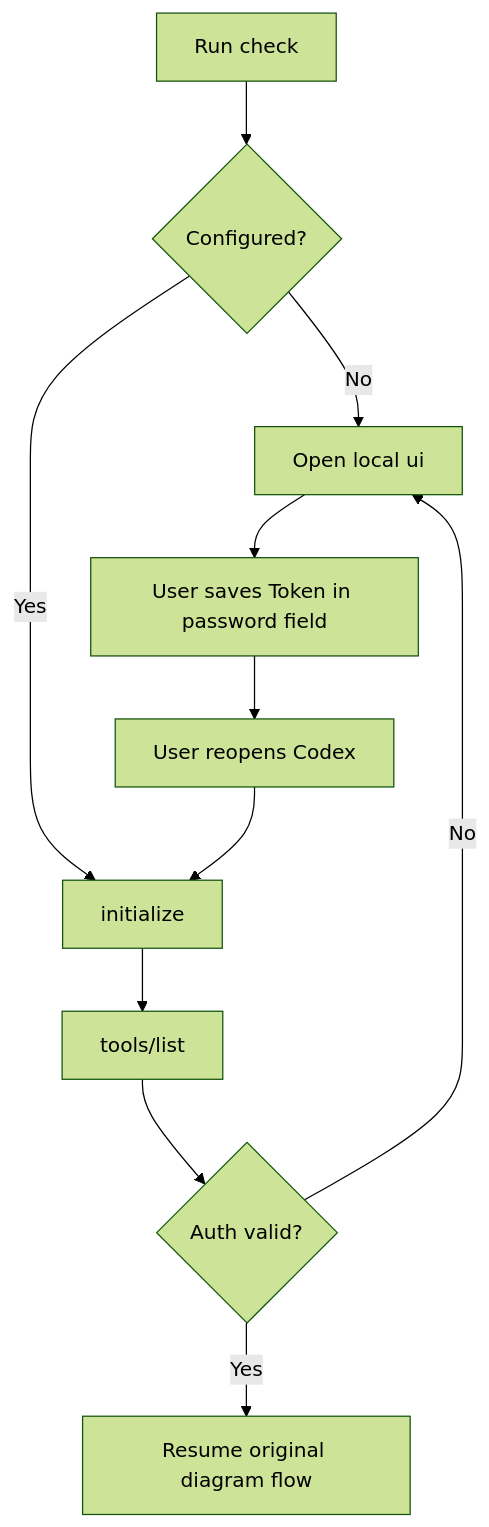
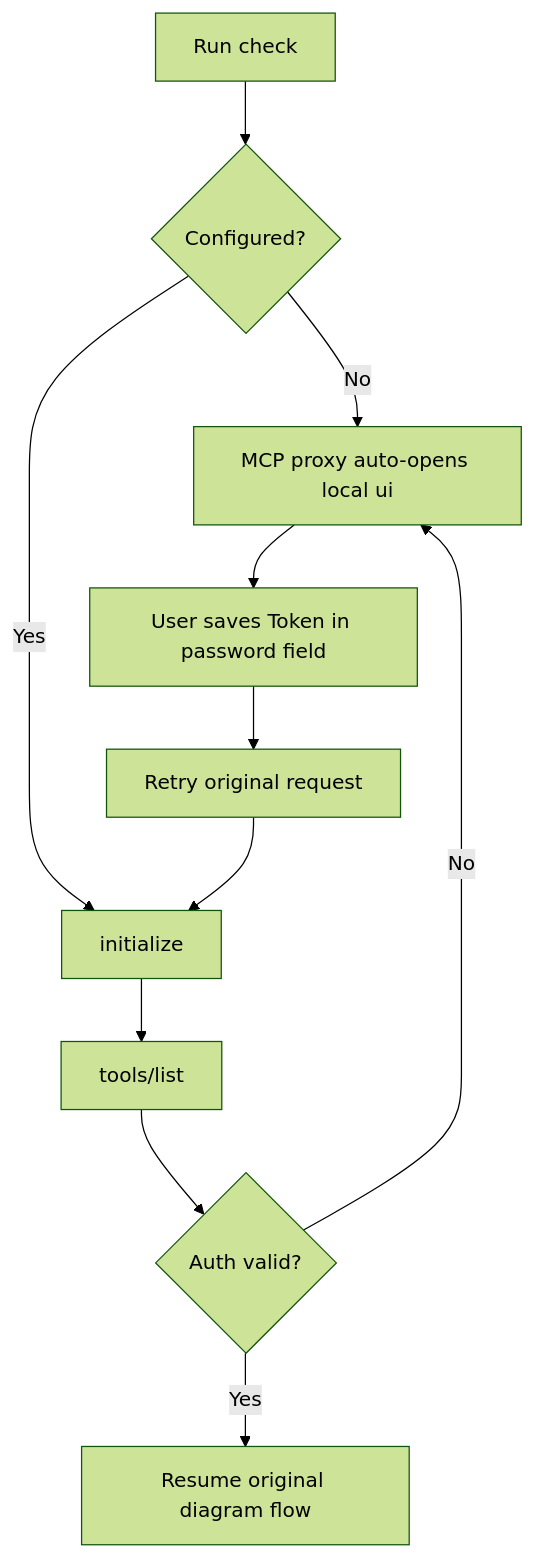
One commit to full-stack-plugins/partme-processon-plugin changed the diagram in skills/codex-processon-setup/references/workflow.md. Above: the diagram before and after it, drawn with Mermaid (forest theme). The commit also changed other lines of this file and 10 other files, not shown here.

````diff
--- a/skills/codex-processon-setup/references/workflow.md
+++ b/skills/codex-processon-setup/references/workflow.md
@@ -5,13 +5,13 @@
 ```mermaid
 flowchart TD
     A[Run check] --> B{Configured?}
-    B -->|No| C[Open local ui]
+    B -->|No| C[MCP proxy auto-opens local ui]
     C --> D[User saves Token in password field]
-    D --> E[User reopens Codex]
+    D --> E[Retry original request]
     B -->|Yes| F[initialize]
     E --> F
     F --> G[tools/list]
     G --> H{Auth valid?}
     H -->|Yes| I[Resume original diagram flow]
     H -->|No| C
 ```
````
